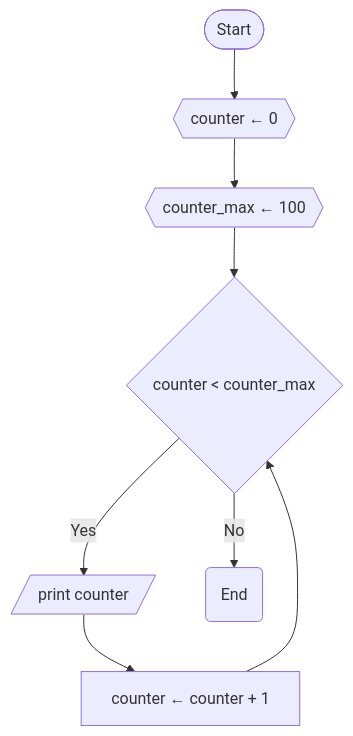
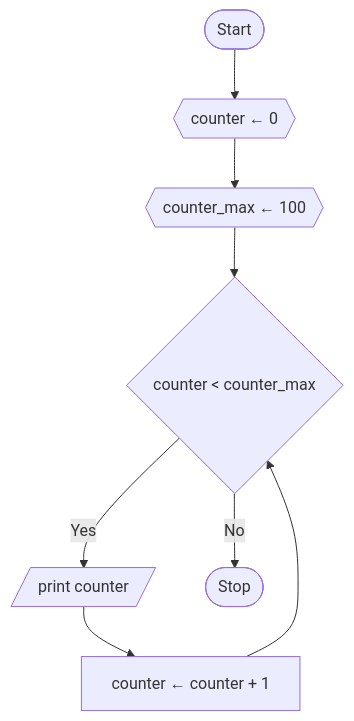
The fourth of 5 diagrams in flow/examples/README.md (davrot/pytutorial), drawn with Mermaid before and after one commit. The commit also changed other lines of this file, not shown here.

```diff
--- a/flow/examples/README.md
+++ b/flow/examples/README.md
@@ -71,7 +71,7 @@
   <pre class="mermaid">
     flowchart TD
     start([Start]) --> initcounter{{"counter ← 0"}} --> initcountermax{{"counter_max ← 100"}} --> Condition{"counter < counter_max"}
     Condition -- Yes --> printcounter[/"print counter"/] --> Action["counter ← counter + 1"]
     Action --> Condition
-    Condition -- No --> End(End)
+    Condition -- No --> stop([Stop])
   </pre>
```
